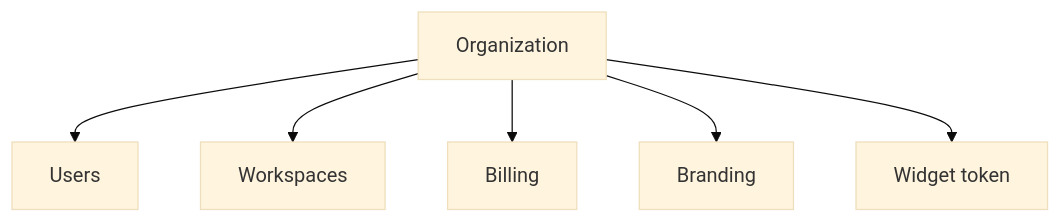
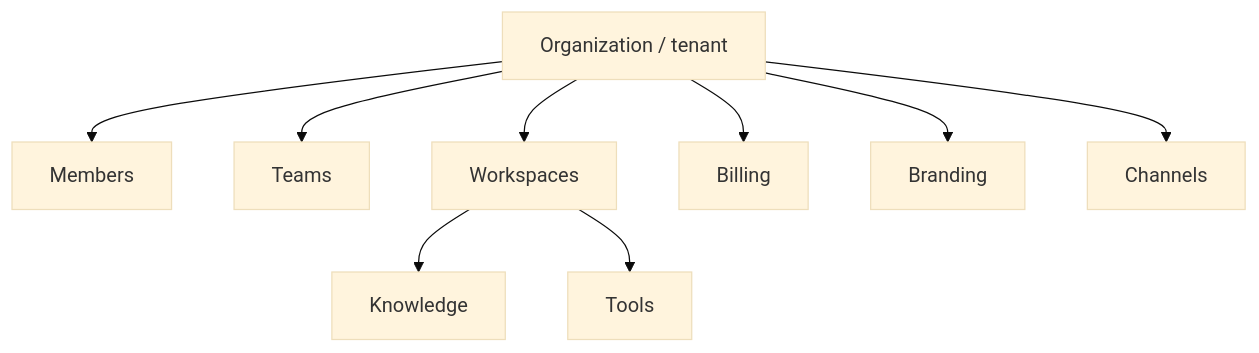
One commit to qefro-ai/qefro-documentation changed the diagram in docs/platform/organizations.mdx. Above: the diagram before and after it, drawn with Mermaid (base theme). The commit also changed other lines of this file and 17 other files, not shown here.

````diff
--- a/docs/platform/organizations.mdx
+++ b/docs/platform/organizations.mdx
@@ -37,8 +38,12 @@
 ```mermaid
 flowchart TB
-  Org[Organization] --> Users
-  Org --> Workspaces
+  Org[Organization / tenant]
+  Org --> Members
+  Org --> Teams
+  Org --> WS[Workspaces]
   Org --> Billing
   Org --> Branding
-  Org --> WidgetToken[Widget token]
+  Org --> Channels
+  WS --> Knowledge
+  WS --> Tools
 ```
````
